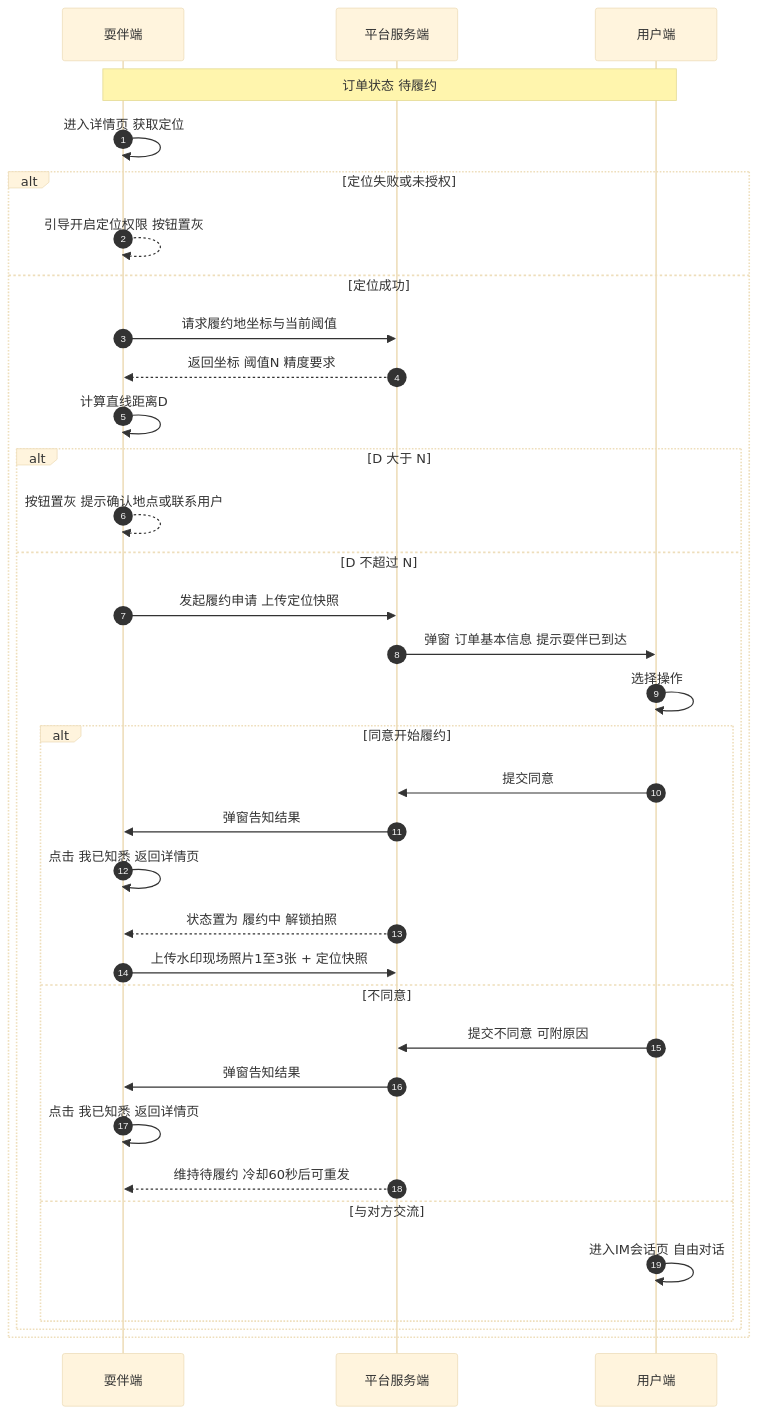
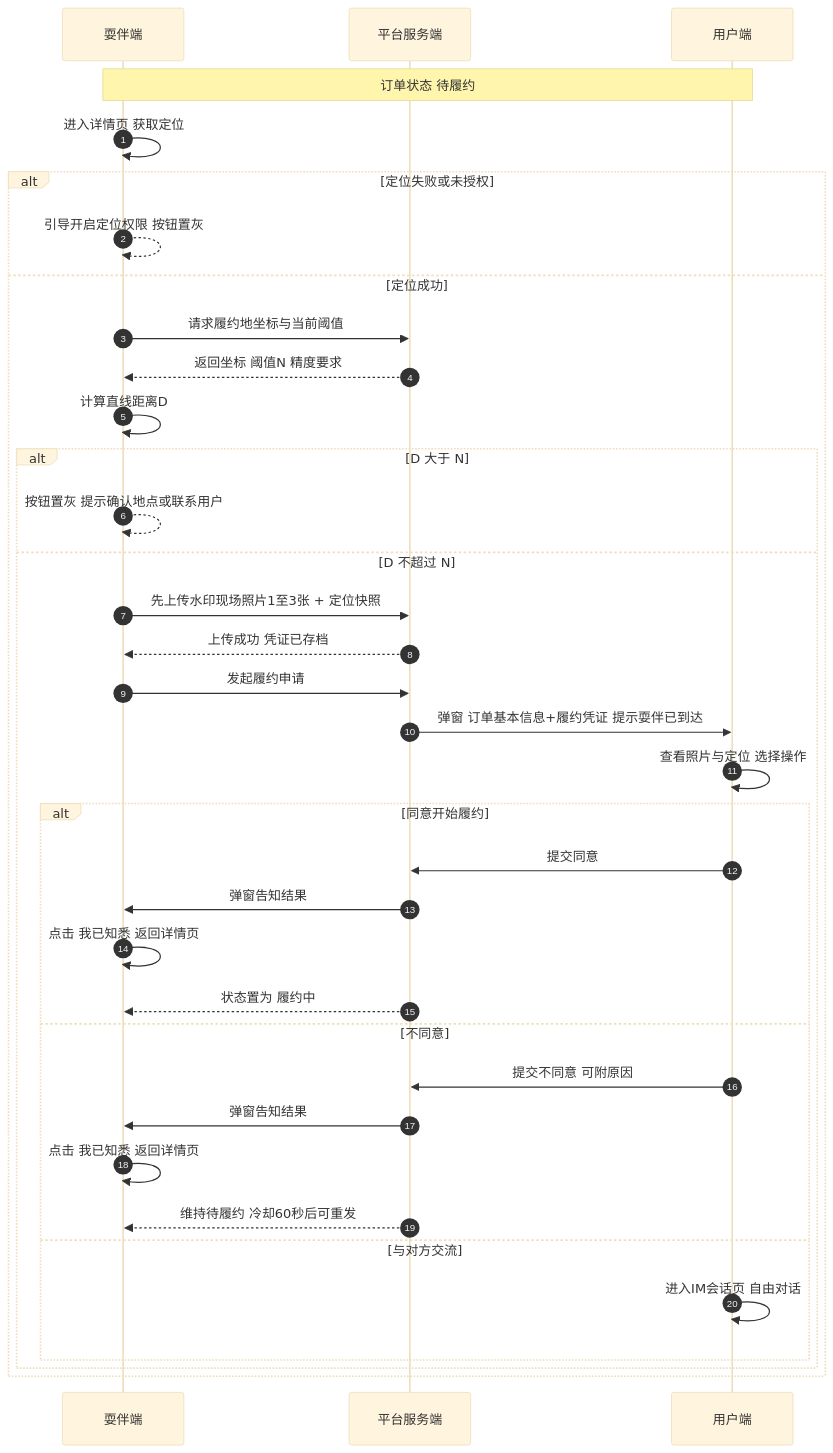
Before and after one commit to 510721314-lang/zhaoren: the second of 4 diagrams in docs/线下陪伴履约流程规范与流程图.md, drawn with Mermaid (base theme). The commit also changed other lines of this file and 2 other files, not shown here.

Commit message:
docs: 登记 开始履约凭证前置 + 关闭 S5/S8 投诉入口(需求变更) 上线核验(deploy order-action + 3文件 SHA256 MATCH + upload 1.6.6 流程优化)

````diff
--- a/docs/线下陪伴履约流程规范与流程图.md
+++ b/docs/线下陪伴履约流程规范与流程图.md
@@ -118,37 +118,38 @@
 ```mermaid
 sequenceDiagram
     autonumber
     participant P as 耍伴端
     participant S as 平台服务端
     participant U as 用户端
     Note over P,U: 订单状态 待履约
     P->>P: 进入详情页 获取定位
     alt 定位失败或未授权
         P-->>P: 引导开启定位权限 按钮置灰
     else 定位成功
         P->>S: 请求履约地坐标与当前阈值
         S-->>P: 返回坐标 阈值N 精度要求
         P->>P: 计算直线距离D
         alt D 大于 N
             P-->>P: 按钮置灰 提示确认地点或联系用户
         else D 不超过 N
-            P->>S: 发起履约申请 上传定位快照
-            S->>U: 弹窗 订单基本信息 提示耍伴已到达
-            U->>U: 选择操作
+            P->>S: 先上传水印现场照片1至3张 + 定位快照
+            S-->>P: 上传成功 凭证已存档
+            P->>S: 发起履约申请
+            S->>U: 弹窗 订单基本信息+履约凭证 提示耍伴已到达
+            U->>U: 查看照片与定位 选择操作
             alt 同意开始履约
                 U->>S: 提交同意
                 S->>P: 弹窗告知结果
                 P->>P: 点击 我已知悉 返回详情页
-                S-->>P: 状态置为 履约中 解锁拍照
-                P->>S: 上传水印现场照片1至3张 + 定位快照
+                S-->>P: 状态置为 履约中
             else 不同意
                 U->>S: 提交不同意 可附原因
                 S->>P: 弹窗告知结果
                 P->>P: 点击 我已知悉 返回详情页
                 S-->>P: 维持待履约 冷却60秒后可重发
             else 与对方交流
                 U->>U: 进入IM会话页 自由对话
             end
         end
     end
 ```
````
